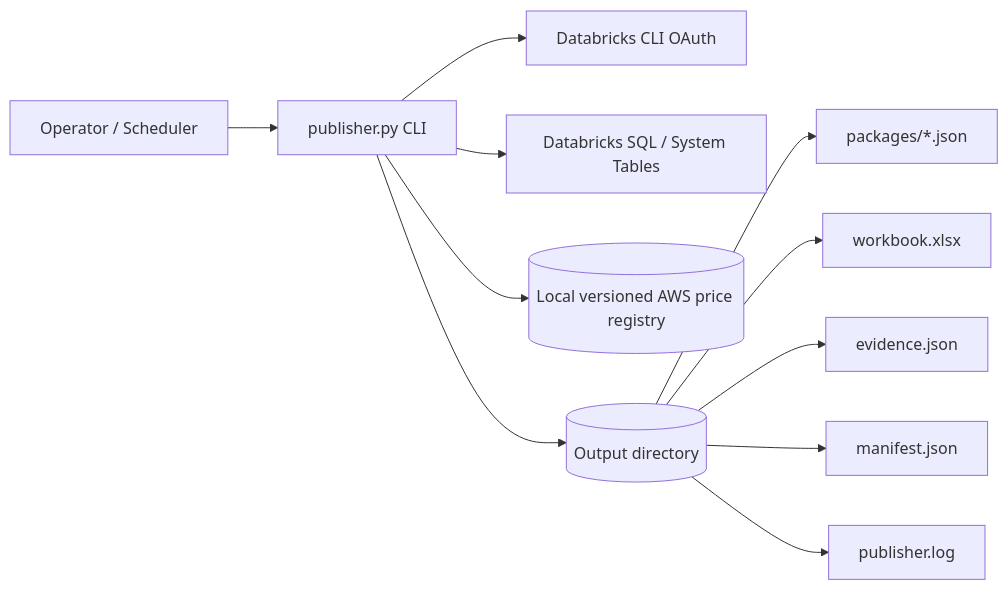
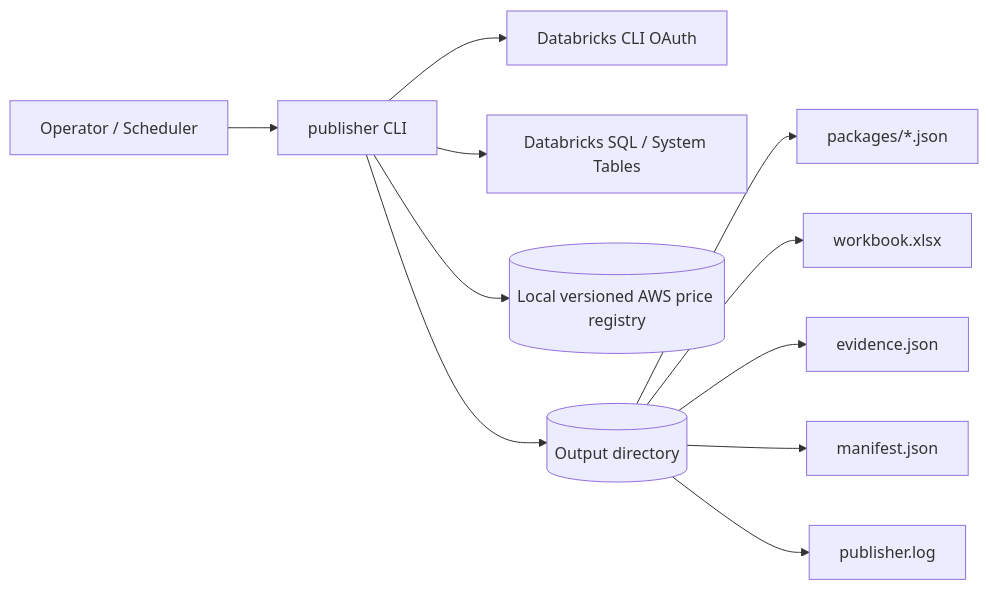
Diagram 13 of 14 in docs/architecture/hld.md (thiaga-gk/expert-funicular), drawn with Mermaid before and after one commit. The commit also changed other lines of this file and 77 other files, not shown here.

````diff
--- a/docs/architecture/hld.md
+++ b/docs/architecture/hld.md
@@ -769,14 +769,14 @@
 ```mermaid
 flowchart LR
-    OP[Operator / Scheduler] --> CLI[publisher.py CLI]
+    OP[Operator / Scheduler] --> CLI[publisher CLI]
     CLI --> AUTH[Databricks CLI OAuth]
     CLI --> DBX[Databricks SQL / System Tables]
     CLI --> PR[(Local versioned AWS price registry)]
     CLI --> OUT[(Output directory)]
 
     OUT --> PKG[packages/*.json]
     OUT --> WB[workbook.xlsx]
     OUT --> EV[evidence.json]
     OUT --> MF[manifest.json]
     OUT --> LOG[publisher.log]
 ```
````
